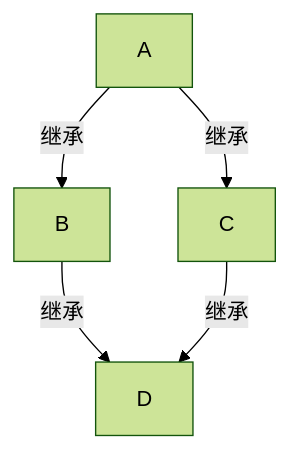
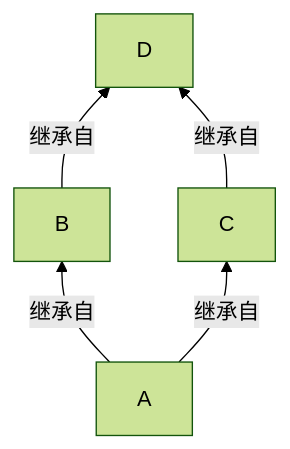
One commit to csliujw/CodeNotes changed the first of 2 diagrams in Python系列/FluentPython.md. Above: the diagram before and after it, drawn with Mermaid (forest theme). The commit also changed other lines of this file and 3 other files, not shown here.

````diff
--- a/Python系列/FluentPython.md
+++ b/Python系列/FluentPython.md
@@ -1541,7 +1553,7 @@
 ```mermaid
-graph TB
-	A-->|继承|B
-	A-->|继承|C
-	B-->|继承|D
-	C-->|继承|D
+graph BT
+	A-->|继承自|B
+	A-->|继承自|C
+	B-->|继承自|D
+	C-->|继承自|D
 ```
````
